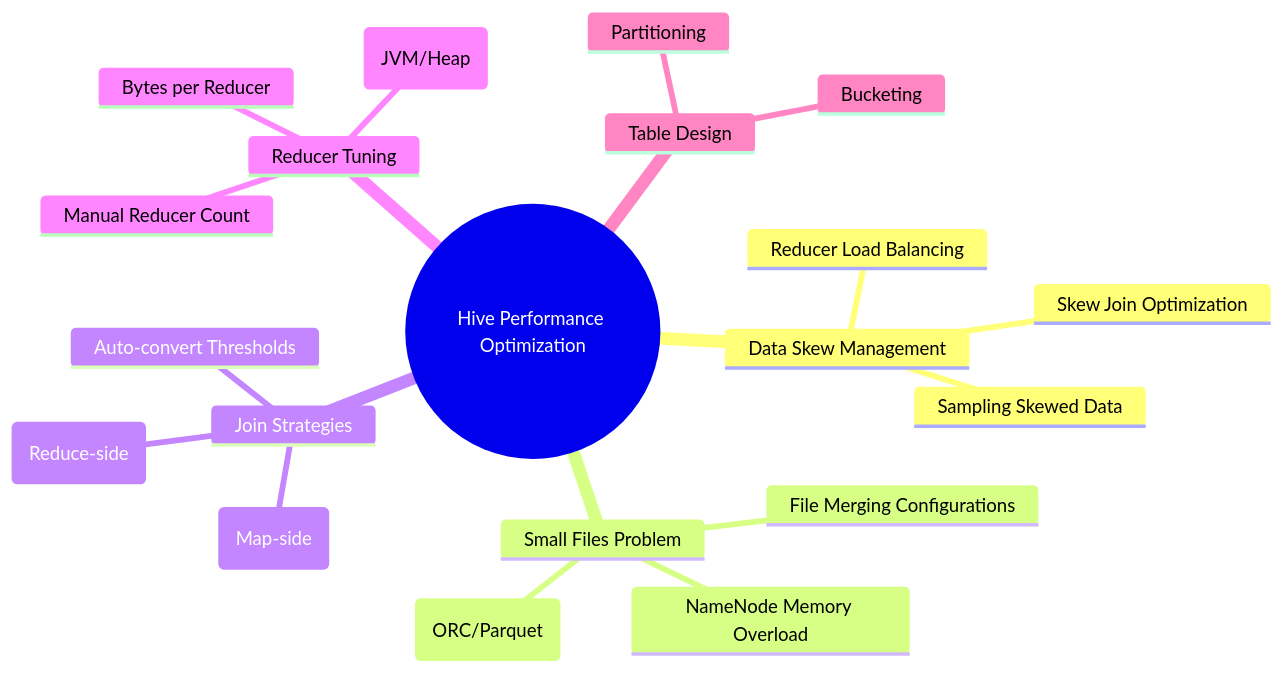
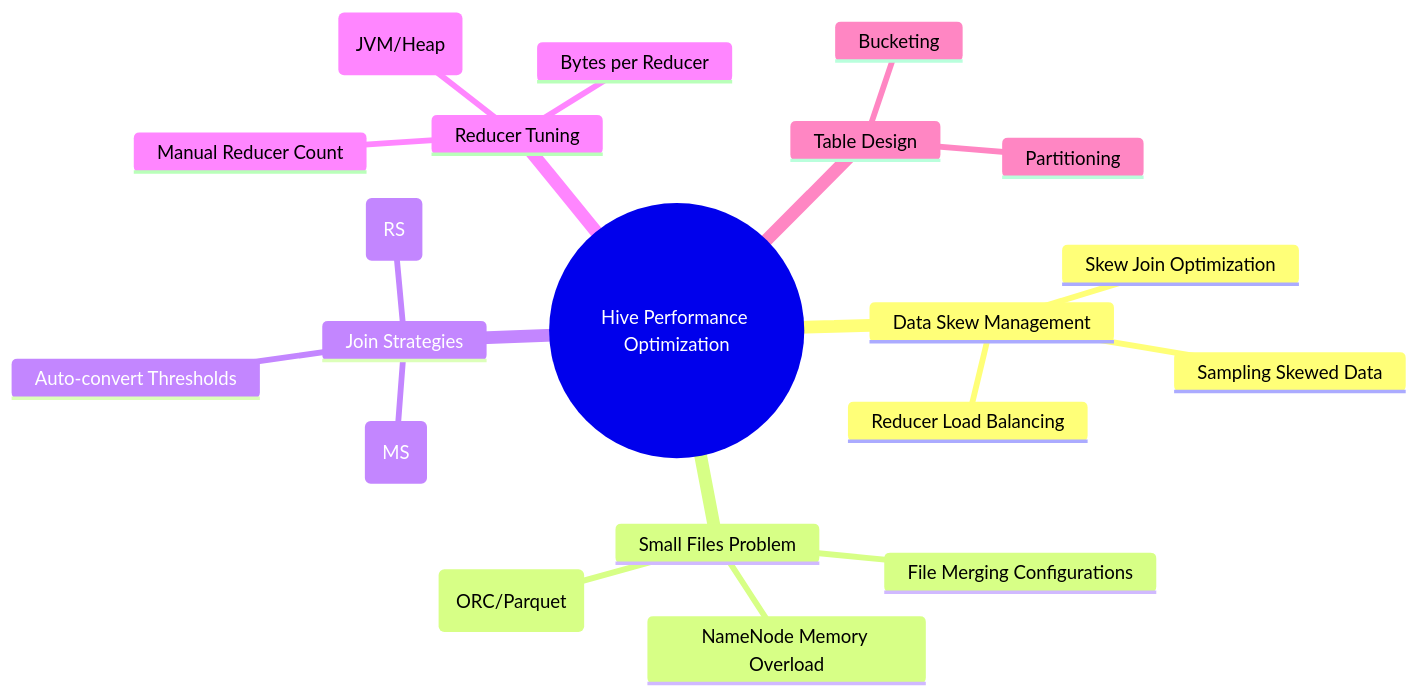
The diagram in 3.1.writing -hivequery-effectively-2xfaster.md (pradipppatil1/DataEngineering), drawn with Mermaid before and after one commit. The commit also changed 2 other files, not shown here.

````diff
--- a/3.1.writing -hivequery-effectively-2xfaster.md
+++ b/3.1.writing -hivequery-effectively-2xfaster.md
@@ -6,24 +6,24 @@
 ```mermaid
 mindmap
   root((Hive Performance Optimization))
     Data Skew Management
       Skew Join Optimization
       Sampling Skewed Data
       Reducer Load Balancing
     Small Files Problem
       NameNode Memory Overload
       File Merging Configurations
       Columnar Formats (ORC/Parquet)
     Join Strategies
-      Shuffle Join (Reduce-side)
-      Broadcast Join (Map-side)
+      Shuffle Join(RS)
+      Broadcast Join(MS)
       Auto-convert Thresholds
     Reducer Tuning
       Bytes per Reducer
       Manual Reducer Count
       Memory Allocation (JVM/Heap)
     Table Design
       Partitioning
       Bucketing
 
 ```
````
